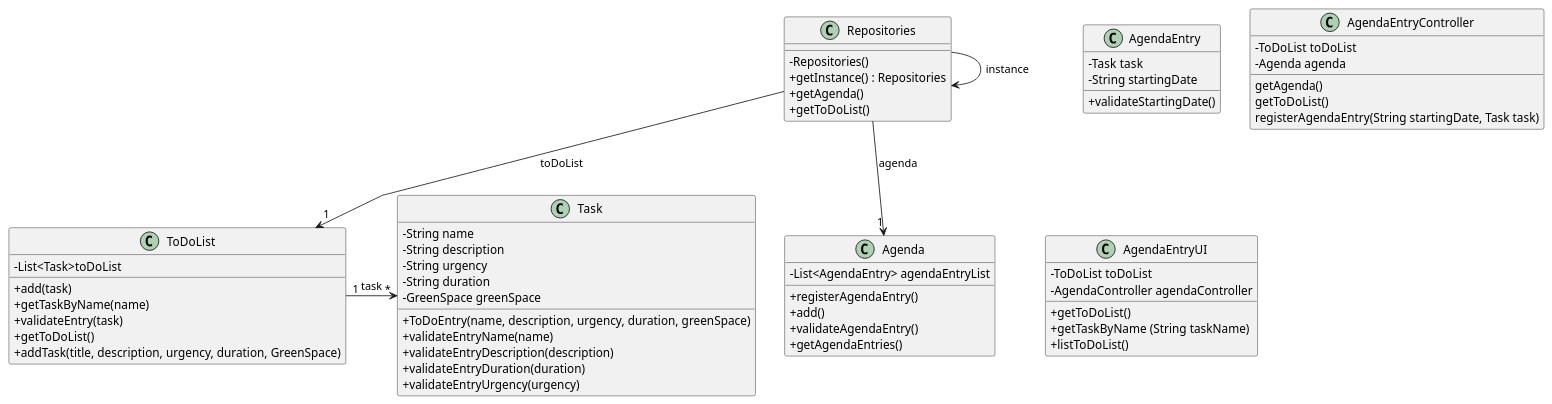
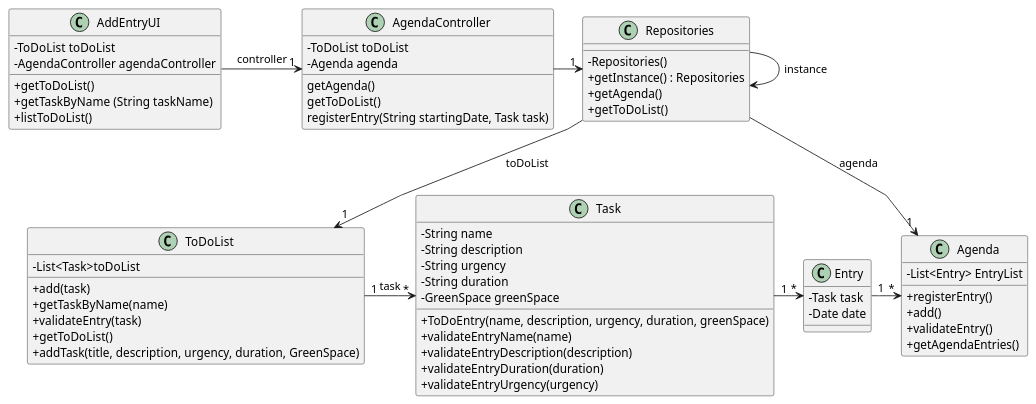
One commit to Departamento-de-Engenharia-Informatica/lei-24-s2-1dl-g121 changed the diagram in docs/sprintC/us022/03.design/puml/us022-class-diagram.puml. Above: the diagram before and after it, drawn with PlantUML. The commit also changed 12 other files, not shown here.

```diff
--- a/docs/sprintC/us022/03.design/puml/us022-class-diagram.puml
+++ b/docs/sprintC/us022/03.design/puml/us022-class-diagram.puml
@@ -1,86 +1,93 @@
 @startuml
 'skinparam monochrome true
 skinparam packageStyle rectangle
 skinparam shadowing false
 skinparam linetype polyline
 'skinparam linetype orto
 
 skinparam classAttributeIconSize 0
 
 'left to right direction
 class Repositories {
     - Repositories()
     + getInstance() : Repositories
     + getAgenda()
     + getToDoList()
 }
 class ToDoList{
     -List<Task>toDoList
     +add(task)
     +getTaskByName(name)
     +validateEntry(task)
     +getToDoList()
     +addTask(title, description, urgency, duration, GreenSpace)
     }
 
 
 class Task{
     -String name
     -String description
     -String urgency
     -String duration
     -GreenSpace greenSpace
     +ToDoEntry(name, description, urgency, duration, greenSpace)
     +validateEntryName(name)
     +validateEntryDescription(description)
     +validateEntryDuration(duration)
     +validateEntryUrgency(urgency)
 
 
 }
 
-class AgendaEntry{
+class Entry{
 -Task task
--String startingDate
-+validateStartingDate()
+-Date date
 }
 
 
 class Agenda{
-- List<AgendaEntry> agendaEntryList
-+registerAgendaEntry()
+- List<Entry> EntryList
++registerEntry()
 +add()
-+validateAgendaEntry()
++validateEntry()
 +getAgendaEntries()
 }
 
 
-class AgendaEntryController{
+class AgendaController{
 -ToDoList toDoList
 -Agenda agenda
 getAgenda()
 getToDoList()
-registerAgendaEntry(String startingDate, Task task)
+registerEntry(String startingDate, Task task)
 }
 
-class AgendaEntryUI{
+class AddEntryUI{
 -ToDoList toDoList
 -AgendaController agendaController
 +getToDoList()
 +getTaskByName (String taskName)
 +listToDoList()
 }
 
 Repositories -> Repositories : instance
 
 ToDoList "1"-> "*"Task : task
 
 Repositories --> "1"ToDoList : toDoList
 
 Repositories --> "1"Agenda : agenda
 
+AddEntryUI -> "1"AgendaController : controller
+
+AgendaController -> "1"Repositories
+
+Task "1" -> "*" Entry
+
+Entry "1" -> "*" Agenda
+
 
 
 
 
 @enduml
```
